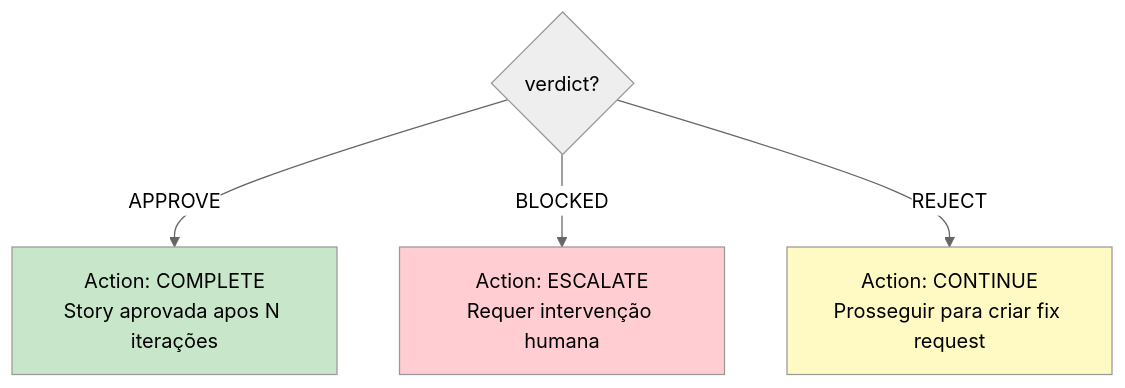
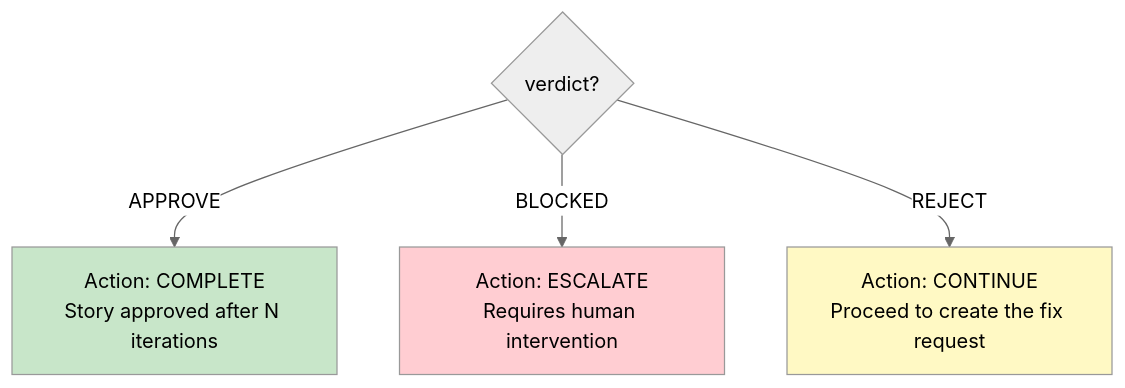
Before and after one commit to CyryxLabs/AEXOS: the fourth of 10 diagrams in docs/aexos-workflows/qa-loop-workflow.md, drawn with Mermaid (neutral theme). The commit also changed other lines of this file and 528 other files, not shown here.

````diff
--- a/docs/aexos-workflows/qa-loop-workflow.md
+++ b/docs/aexos-workflows/qa-loop-workflow.md
@@ -273,12 +273,12 @@
 ```mermaid
 flowchart TD
     V{"verdict?"}
 
-    V -->|"APPROVE"| A["Action: COMPLETE<br/>Story aprovada apos N iterações"]
-    V -->|"BLOCKED"| B["Action: ESCALATE<br/>Requer intervenção humana"]
-    V -->|"REJECT"| C["Action: CONTINUE<br/>Prosseguir para criar fix request"]
+    V -->|"APPROVE"| A["Action: COMPLETE<br/>Story approved after N iterations"]
+    V -->|"BLOCKED"| B["Action: ESCALATE<br/>Requires human intervention"]
+    V -->|"REJECT"| C["Action: CONTINUE<br/>Proceed to create the fix request"]
 
     style A fill:#c8e6c9
     style B fill:#ffcdd2
     style C fill:#fff9c4
 ```
````
